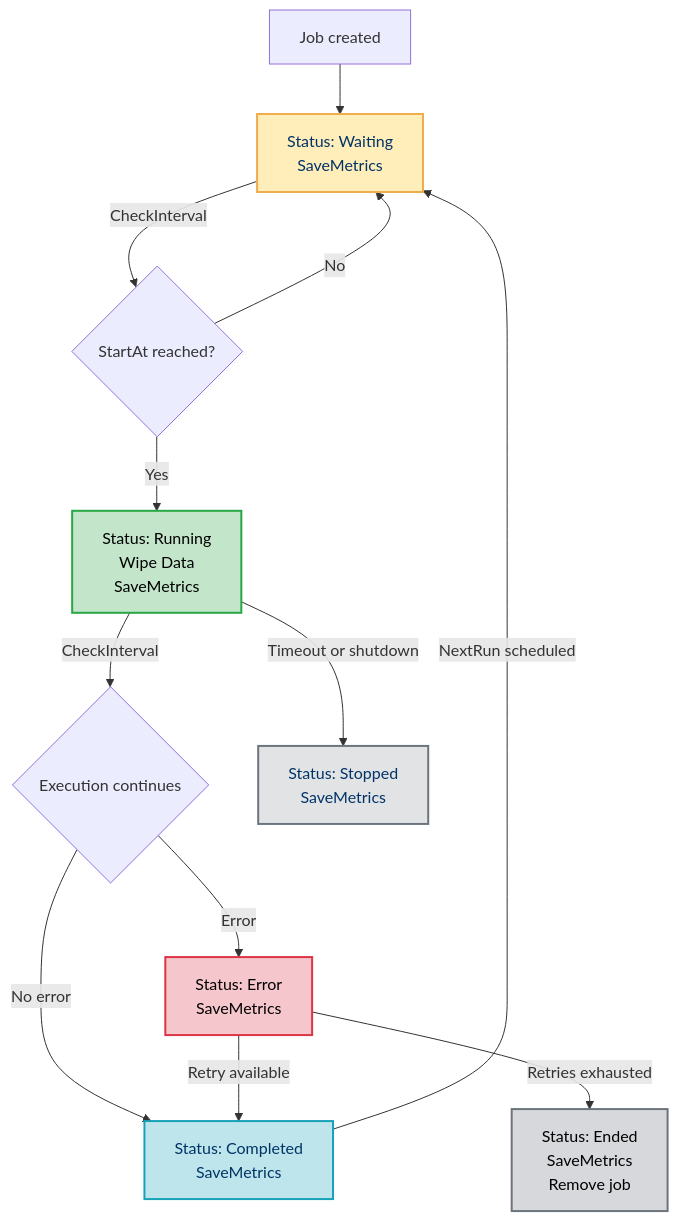
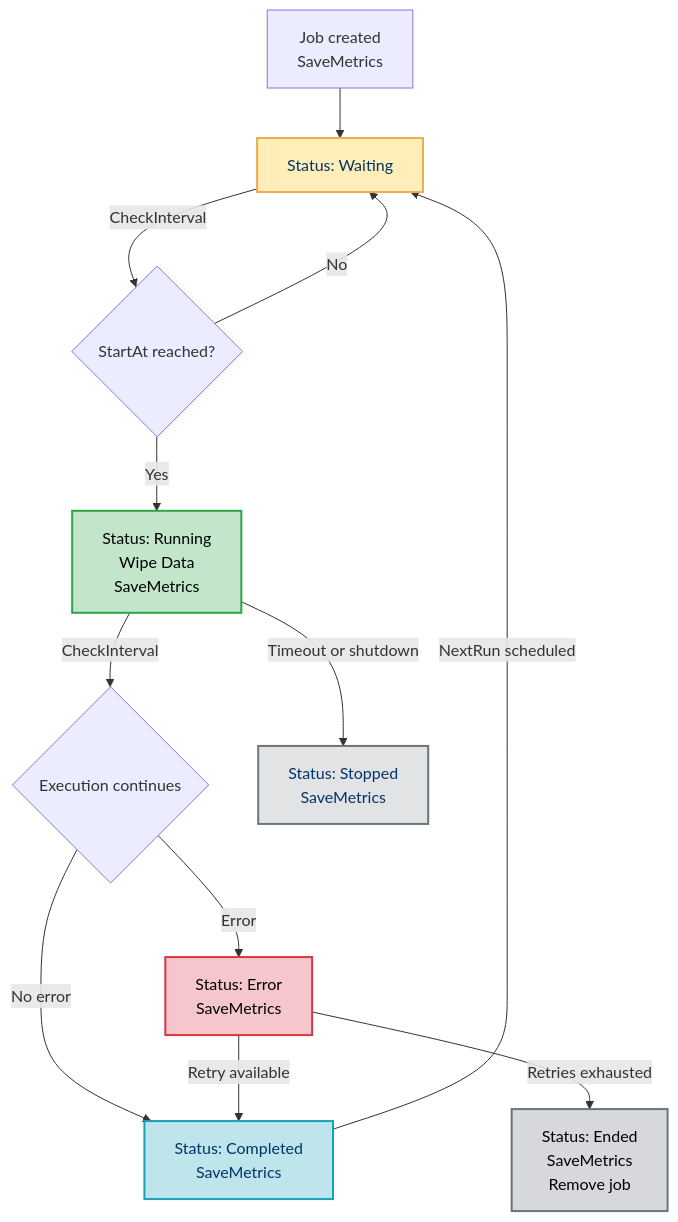
One commit to osmike/orbit changed the second of 2 diagrams in README.md. Above: the diagram before and after it, drawn with Mermaid. The commit also changed other lines of this file and 16 other files, not shown here.

````diff
--- a/README.md
+++ b/README.md
@@ -620,29 +622,29 @@
 ```mermaid
 flowchart TD
     classDef waiting fill:#ffeeba,stroke:#f0ad4e,color:#003366,stroke-width:2px
     classDef running fill:#c3e6cb,stroke:#28a745,color:#000000,stroke-width:2px
     classDef completed fill:#bee5eb,stroke:#17a2b8,color:#003366,stroke-width:2px
     classDef error fill:#f5c6cb,stroke:#dc3545,color:#000000,stroke-width:2px
     classDef ended fill:#d6d8db,stroke:#6c757d,color:#000000,stroke-width:2px
     classDef stopped fill:#e2e3e5,stroke:#6c757d,color:#003366,stroke-width:2px
 
-    A[Job created] --> B[Status: Waiting<br/>SaveMetrics]
+    A[Job created<br/>SaveMetrics] --> B[Status: Waiting]
     B -->|CheckInterval| C{StartAt reached?}
     C -- No --> B
     C -- Yes --> D[Status: Running<br/>Wipe Data<br/>SaveMetrics]
     D -->|CheckInterval| E{Execution continues}
     E -- No error --> F[Status: Completed<br/>SaveMetrics]
     F -->|NextRun scheduled| B
     E -- Error --> G[Status: Error<br/>SaveMetrics]
     G -- Retry available --> F
     G -- Retries exhausted --> H[Status: Ended<br/>SaveMetrics<br/>Remove job]
     D -- Timeout or shutdown --> I[Status: Stopped<br/>SaveMetrics]
 
     class B waiting
     class D running
     class F completed
     class G error
     class H ended
     class I stopped
 
 ```
````
